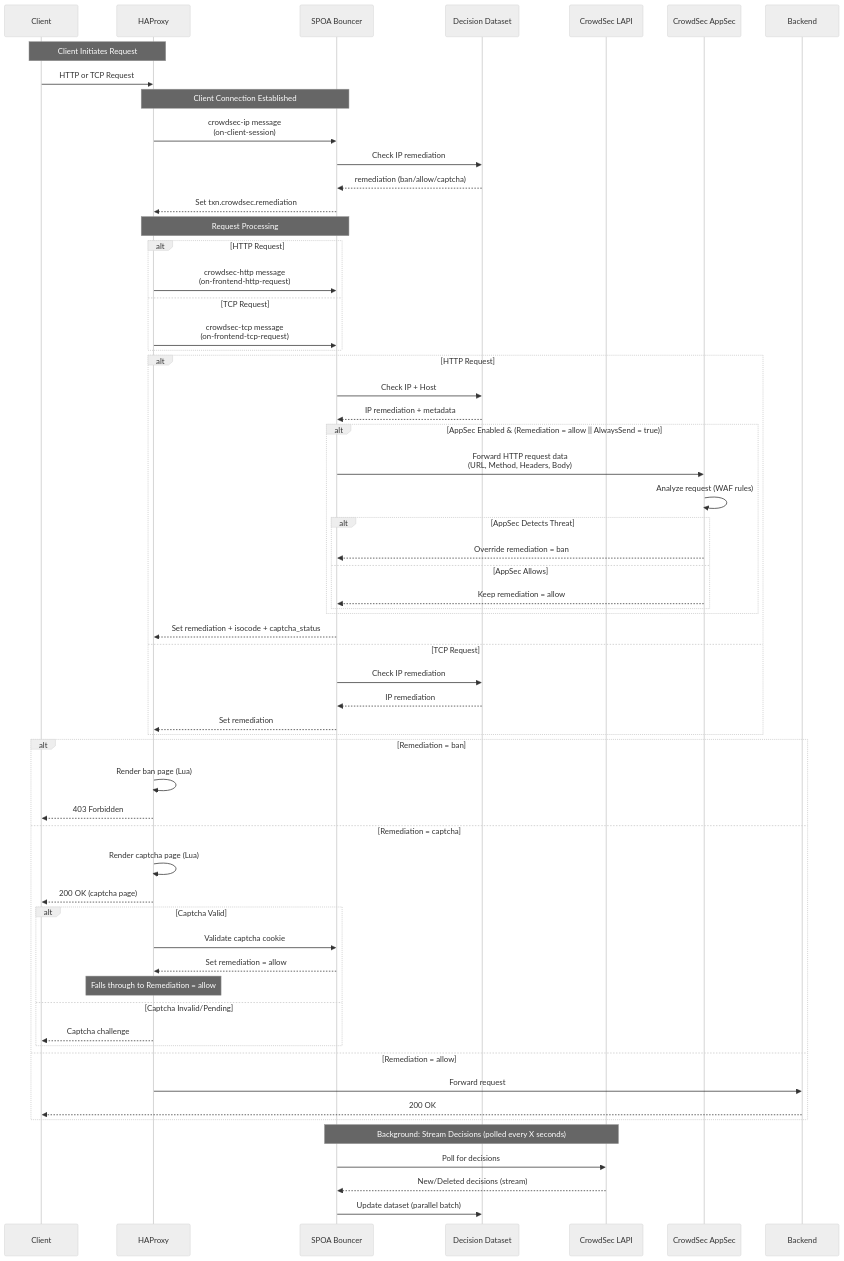
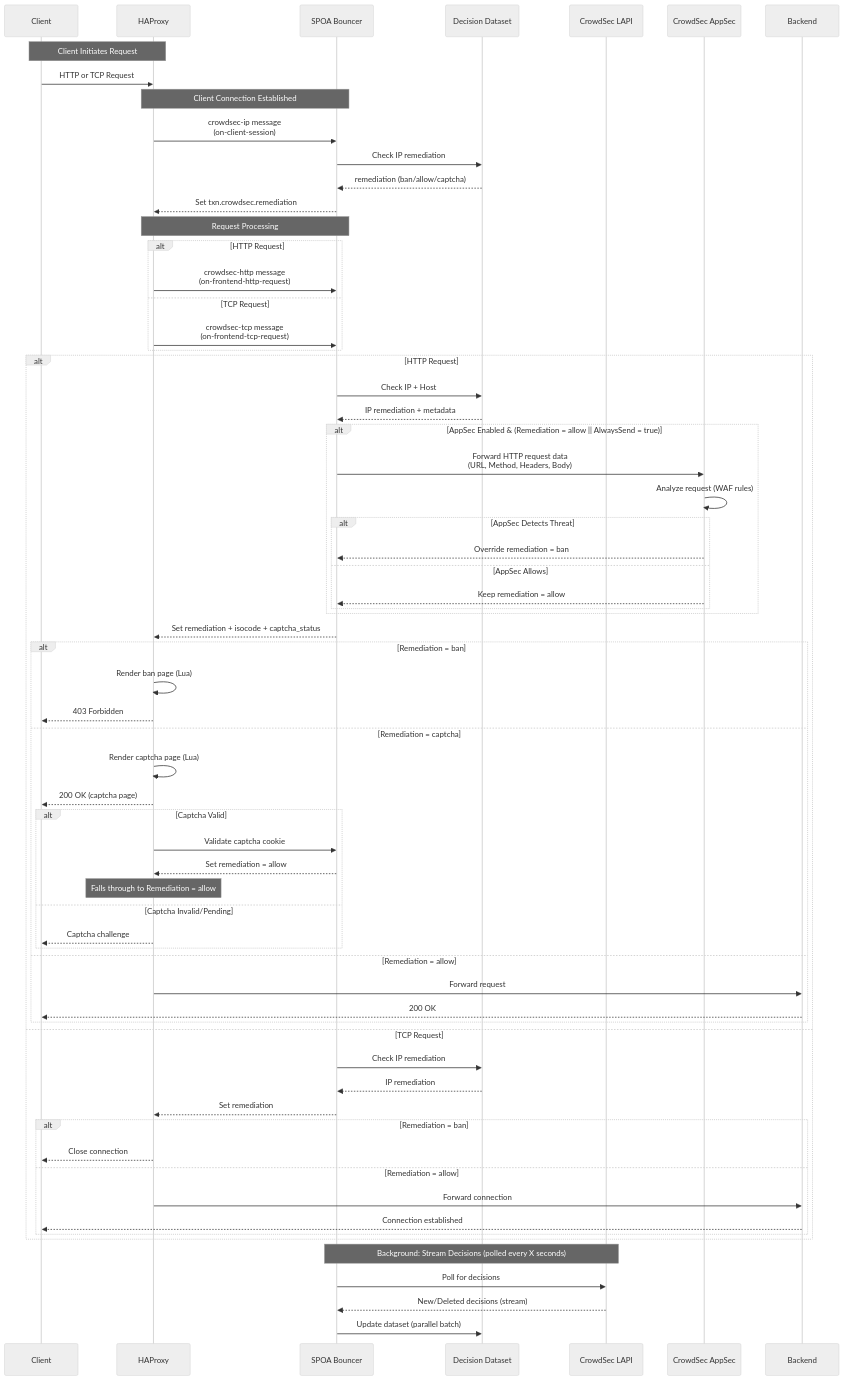
The diagram in README.md (crowdsecurity/cs-haproxy-spoa-bouncer), drawn with Mermaid (neutral theme) before and after one commit.

Commit message:
docs: fix response handling for HTTP vs TCP in flow diagram
- Properly nest HTTP response handling within HTTP branch
- Add TCP response handling (close connection vs forward)

````diff
--- a/README.md
+++ b/README.md
@@ -22,69 +22,76 @@
 ```mermaid
 sequenceDiagram
     participant Client
     participant HAProxy
     participant SPOA as SPOA Bouncer
     participant Dataset as Decision Dataset
     participant CrowdSec as CrowdSec LAPI
     participant AppSec as CrowdSec AppSec
     participant Backend
 
     Note over Client,HAProxy: Client Initiates Request
     Client->>HAProxy: HTTP or TCP Request
     
     Note over HAProxy,SPOA: Client Connection Established
     HAProxy->>SPOA: crowdsec-ip message<br/>(on-client-session)
     SPOA->>Dataset: Check IP remediation
     Dataset-->>SPOA: remediation (ban/allow/captcha)
     SPOA-->>HAProxy: Set txn.crowdsec.remediation
     
     Note over HAProxy,SPOA: Request Processing
     alt HTTP Request
         HAProxy->>SPOA: crowdsec-http message<br/>(on-frontend-http-request)
     else TCP Request
         HAProxy->>SPOA: crowdsec-tcp message<br/>(on-frontend-tcp-request)
     end
     alt HTTP Request
         SPOA->>Dataset: Check IP + Host
         Dataset-->>SPOA: IP remediation + metadata
         
         alt AppSec Enabled & (Remediation = allow || AlwaysSend = true)
             SPOA->>AppSec: Forward HTTP request data<br/>(URL, Method, Headers, Body)
             AppSec->>AppSec: Analyze request (WAF rules)
             alt AppSec Detects Threat
                 AppSec-->>SPOA: Override remediation = ban
             else AppSec Allows
                 AppSec-->>SPOA: Keep remediation = allow
             end
         end
         
         SPOA-->>HAProxy: Set remediation + isocode + captcha_status
+        
+        alt Remediation = ban
+            HAProxy->>HAProxy: Render ban page (Lua)
+            HAProxy-->>Client: 403 Forbidden
+        else Remediation = captcha
+            HAProxy->>HAProxy: Render captcha page (Lua)
+            HAProxy-->>Client: 200 OK (captcha page)
+            alt Captcha Valid
+                HAProxy->>SPOA: Validate captcha cookie
+                SPOA-->>HAProxy: Set remediation = allow
+                Note over HAProxy: Falls through to Remediation = allow
+            else Captcha Invalid/Pending
+                HAProxy-->>Client: Captcha challenge
+            end
+        else Remediation = allow
+            HAProxy->>Backend: Forward request
+            Backend-->>Client: 200 OK
+        end
     else TCP Request
         SPOA->>Dataset: Check IP remediation
         Dataset-->>SPOA: IP remediation
         SPOA-->>HAProxy: Set remediation
-    end
-    
-    alt Remediation = ban
-        HAProxy->>HAProxy: Render ban page (Lua)
-        HAProxy-->>Client: 403 Forbidden
-    else Remediation = captcha
-        HAProxy->>HAProxy: Render captcha page (Lua)
-        HAProxy-->>Client: 200 OK (captcha page)
-        alt Captcha Valid
-            HAProxy->>SPOA: Validate captcha cookie
-            SPOA-->>HAProxy: Set remediation = allow
-            Note over HAProxy: Falls through to Remediation = allow
-        else Captcha Invalid/Pending
-            HAProxy-->>Client: Captcha challenge
+        
+        alt Remediation = ban
+            HAProxy-->>Client: Close connection
+        else Remediation = allow
+            HAProxy->>Backend: Forward connection
+            Backend-->>Client: Connection established
         end
-    else Remediation = allow
-        HAProxy->>Backend: Forward request
-        Backend-->>Client: 200 OK
     end
     
     Note over SPOA,CrowdSec: Background: Stream Decisions (polled every X seconds)
     SPOA->>CrowdSec: Poll for decisions
     CrowdSec-->>SPOA: New/Deleted decisions (stream)
     SPOA->>Dataset: Update dataset (parallel batch)
 ```
````
